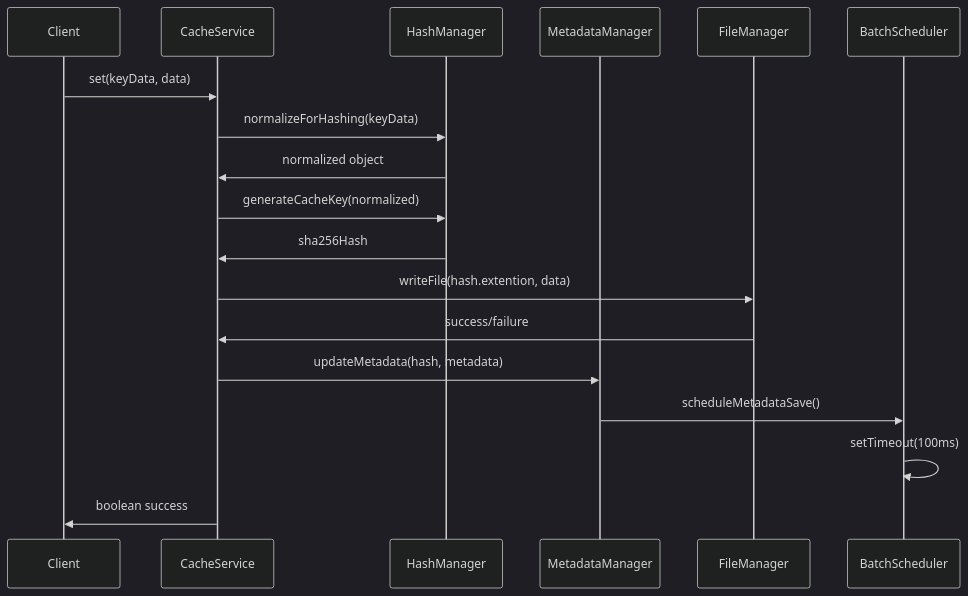
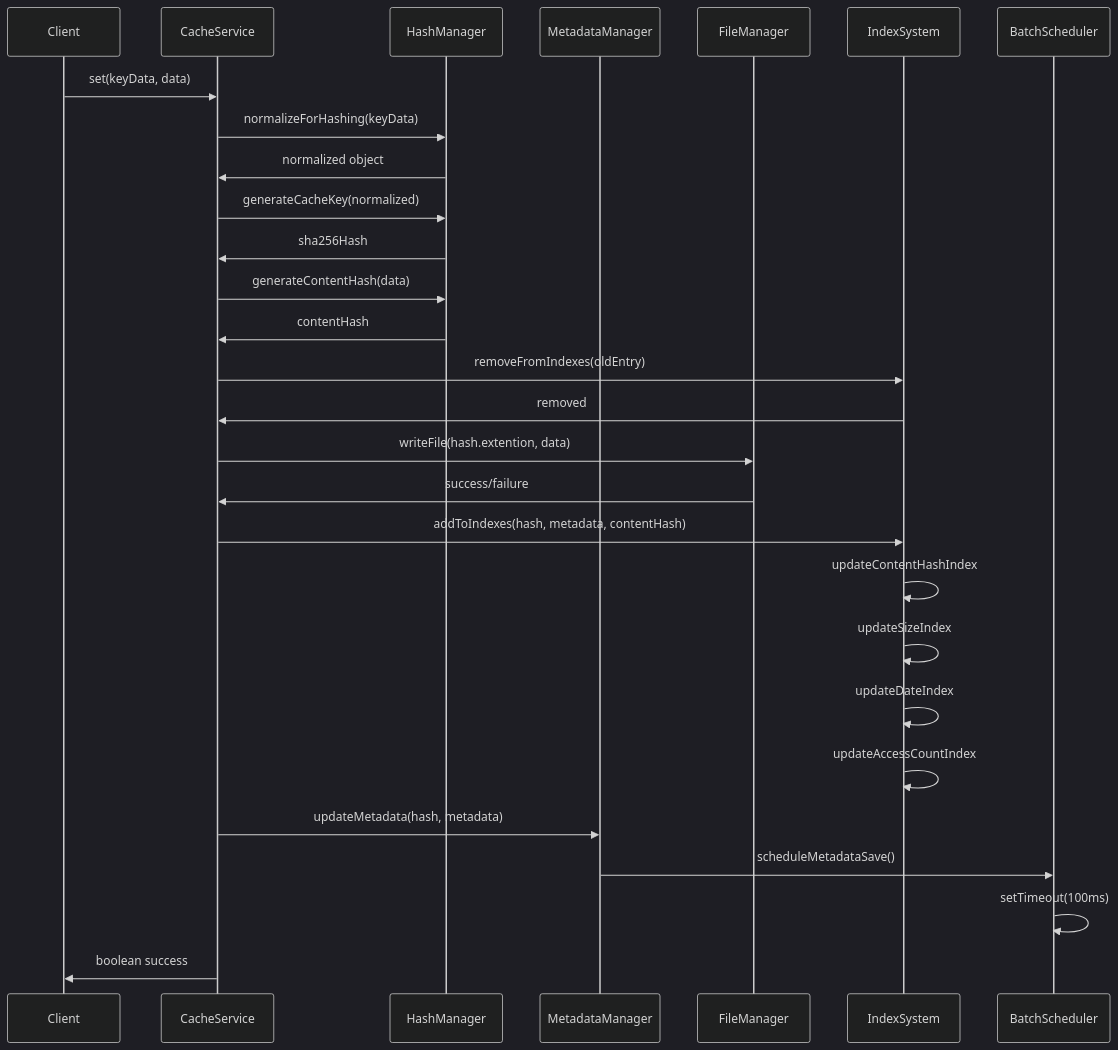
Before and after one commit to grMLEqomlkkU5Eeinz4brIrOVCUCkJuN/diskycache: the first of 15 diagrams in docs/operations.md, drawn with Mermaid (dark theme). The commit also changed other lines of this file and 9 other files, not shown here.

````diff
--- a/docs/operations.md
+++ b/docs/operations.md
@@ -13,24 +13,37 @@
 ```mermaid
 sequenceDiagram
     participant Client
     participant CacheService
     participant HashManager
     participant MetadataManager
     participant FileManager
+    participant IndexSystem
     participant BatchScheduler
 
     Client->>CacheService: set(keyData, data)
     CacheService->>HashManager: normalizeForHashing(keyData)
     HashManager->>CacheService: normalized object
     CacheService->>HashManager: generateCacheKey(normalized)
     HashManager->>CacheService: sha256Hash
     
+    CacheService->>HashManager: generateContentHash(data)
+    HashManager->>CacheService: contentHash
+    
+    CacheService->>IndexSystem: removeFromIndexes(oldEntry)
+    IndexSystem->>CacheService: removed
+    
     CacheService->>FileManager: writeFile(hash.extention, data)
     FileManager->>CacheService: success/failure
+    
+    CacheService->>IndexSystem: addToIndexes(hash, metadata, contentHash)
+    IndexSystem->>IndexSystem: updateContentHashIndex
+    IndexSystem->>IndexSystem: updateSizeIndex
+    IndexSystem->>IndexSystem: updateDateIndex
+    IndexSystem->>IndexSystem: updateAccessCountIndex
     
     CacheService->>MetadataManager: updateMetadata(hash, metadata)
     MetadataManager->>BatchScheduler: scheduleMetadataSave()
     BatchScheduler->>BatchScheduler: setTimeout(100ms)
     
     CacheService->>Client: boolean success
 ```
````
